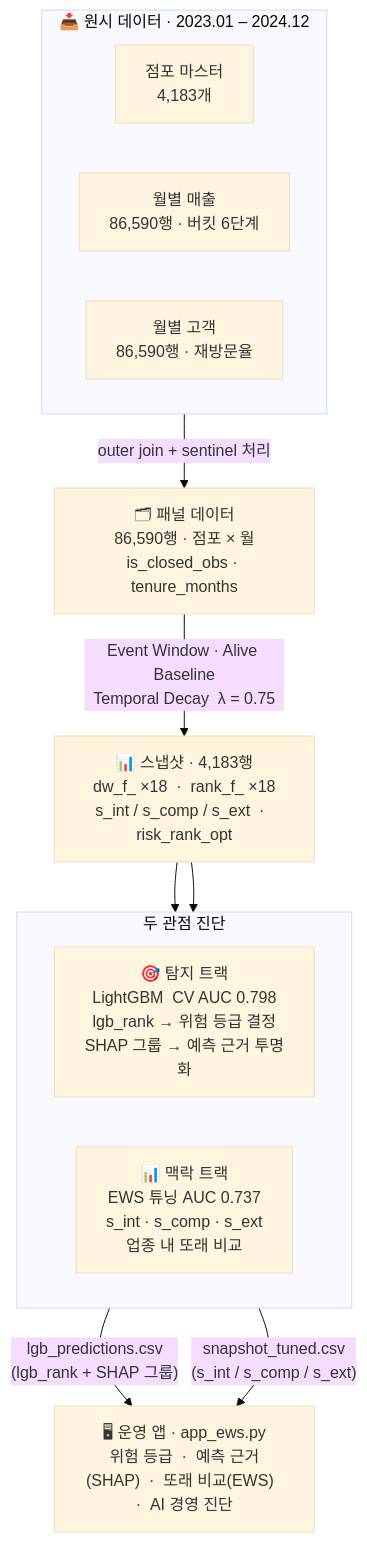
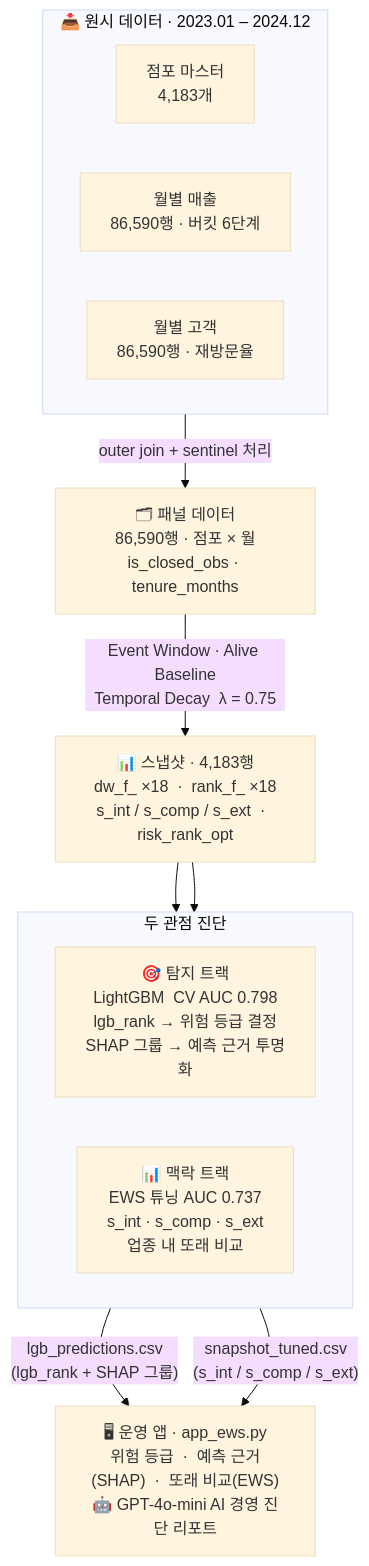
One commit to Broogun/bigcontest-2025-ews changed the diagram in README.md. Above: the diagram before and after it, drawn with Mermaid (base theme). The commit also changed other lines of this file and 1 other file, not shown here.

First line of the commit message:
feat(README): add GPT-4o-mini as §15 + update title/TOC/arch

````diff
--- a/README.md
+++ b/README.md
@@ -85,28 +87,28 @@
 ```mermaid
 flowchart TD
     subgraph SRC["📥 원시 데이터 · 2023.01 – 2024.12"]
         direction LR
         D1["점포 마스터\n4,183개"]
         D2["월별 매출\n86,590행 · 버킷 6단계"]
         D3["월별 고객\n86,590행 · 재방문율"]
     end
 
     PANEL["🗂 패널 데이터\n86,590행 · 점포 × 월\nis_closed_obs · tenure_months"]
 
     SNAP["📊 스냅샷 · 4,183행\ndw_f_ ×18  ·  rank_f_ ×18\ns_int / s_comp / s_ext  ·  risk_rank_opt"]
 
     subgraph DUAL["두 관점 진단"]
         direction LR
         LGB["🎯 탐지 트랙\nLightGBM  CV AUC 0.798\nlgb_rank → 위험 등급 결정\nSHAP 그룹 → 예측 근거 투명화"]
         EWS["📊 맥락 트랙\nEWS 튜닝  AUC 0.737\ns_int · s_comp · s_ext\n업종 내 또래 비교"]
     end
 
-    APP["🖥 운영 앱 · app_ews.py\n위험 등급  ·  예측 근거(SHAP)  ·  또래 비교(EWS)  ·  AI 경영 진단"]
+    APP["🖥 운영 앱 · app_ews.py\n위험 등급  ·  예측 근거(SHAP)  ·  또래 비교(EWS)\n🤖 GPT-4o-mini AI 경영 진단 리포트"]
 
     SRC      -->|"outer join + sentinel 처리"| PANEL
     PANEL    -->|"Event Window · Alive Baseline\nTemporal Decay  λ = 0.75"| SNAP
     SNAP     --> LGB
     SNAP     --> EWS
     LGB      -->|"lgb_predictions.csv\n(lgb_rank + SHAP 그룹)"| APP
     EWS      -->|"snapshot_tuned.csv\n(s_int / s_comp / s_ext)"| APP
 ```
````
